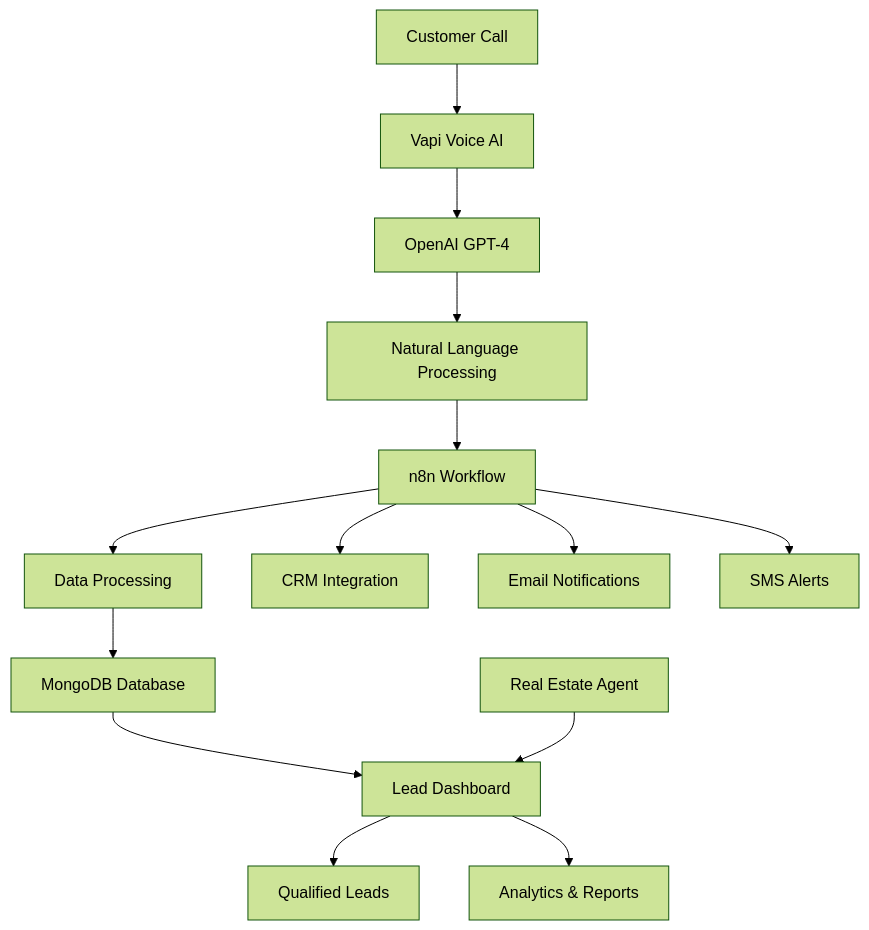
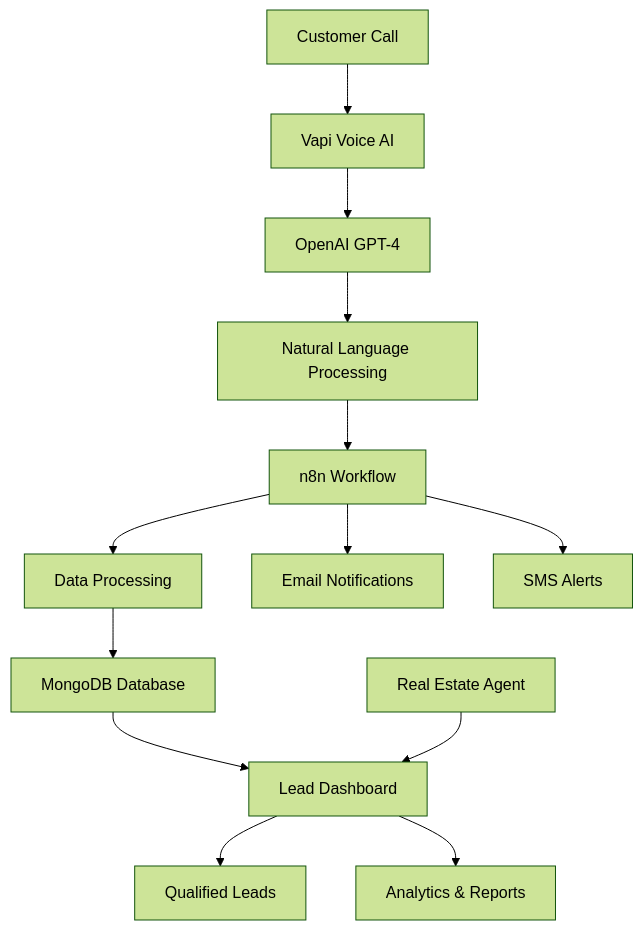
Before and after one commit to JaYRaNa213/Real-Estate-AI-Sales-Qualification-Bot: the diagram in Readme.md, drawn with Mermaid (forest theme). The commit also changed other lines of this file, not shown here.

````diff
--- a/Readme.md
+++ b/Readme.md
@@ -115,18 +114,17 @@
 ```mermaid
 graph TD
     A[Customer Call] --> B[Vapi Voice AI]
     B --> C[OpenAI GPT-4]
     C --> D[Natural Language Processing]
     D --> E[n8n Workflow]
     E --> F[Data Processing]
     F --> G[MongoDB Database]
     G --> H[Lead Dashboard]
     
     I[Real Estate Agent] --> H
     H --> J[Qualified Leads]
     H --> K[Analytics & Reports]
     
-    E --> L[CRM Integration]
     E --> M[Email Notifications]
     E --> N[SMS Alerts]
 ```
````
